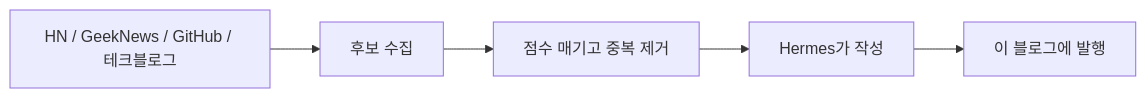
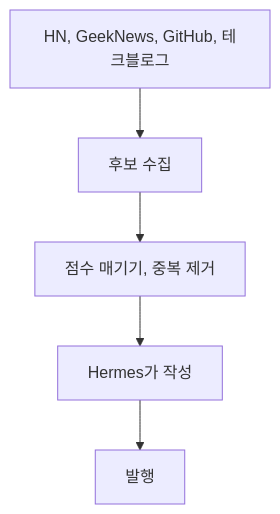
One commit to osori-workbench/osori-workbench.github.io changed the diagram in _tabs/about.md. Above: the diagram before and after it, drawn with Mermaid.

Commit message:
about: vertical flowchart so text is readable

````diff
--- a/_tabs/about.md
+++ b/_tabs/about.md
@@ -16,7 +16,7 @@
 ```mermaid
-flowchart LR
-    A["HN / GeekNews / GitHub / 테크블로그"] --> B["후보 수집"]
-    B --> C["점수 매기고 중복 제거"]
+flowchart TD
+    A["HN, GeekNews, GitHub, 테크블로그"] --> B["후보 수집"]
+    B --> C["점수 매기기, 중복 제거"]
     C --> D["Hermes가 작성"]
-    D --> E["이 블로그에 발행"]
+    D --> E["발행"]
 ```
````
